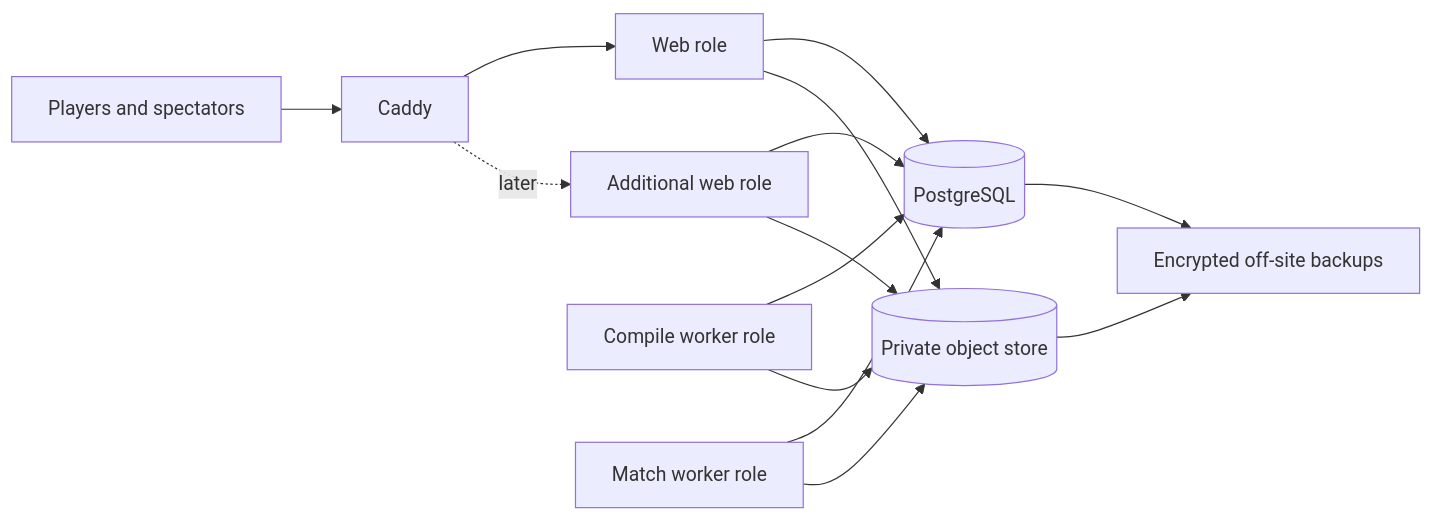
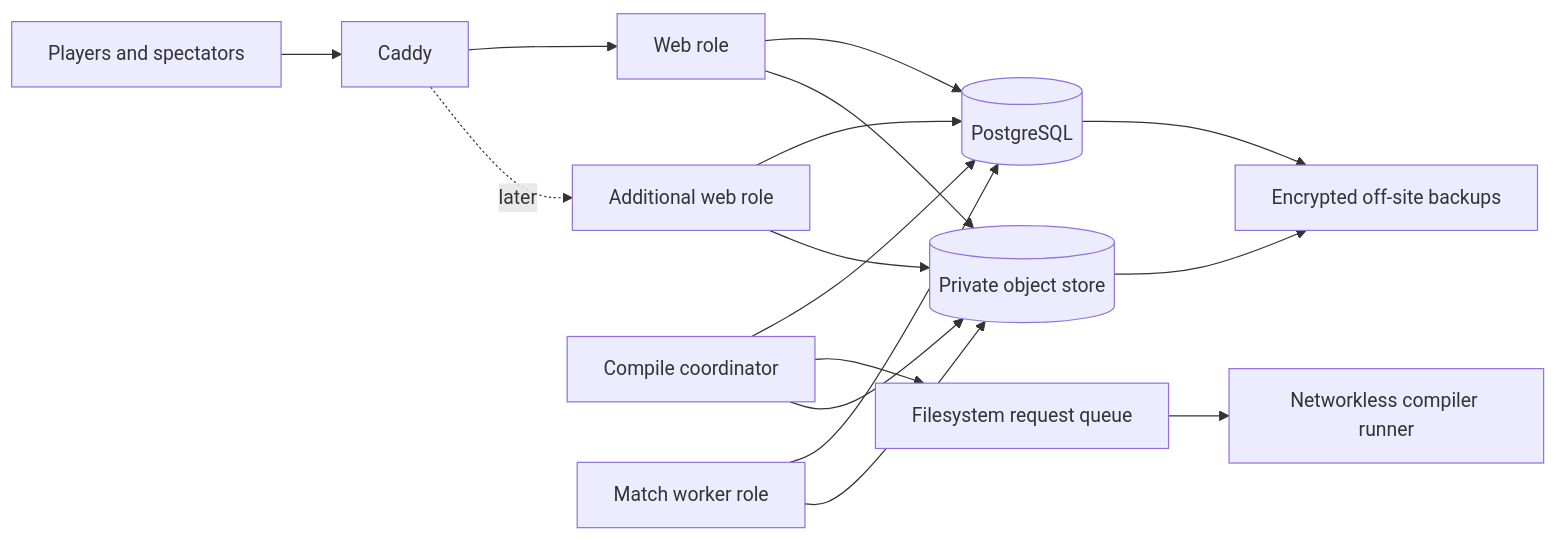
Before and after one commit to nilbin/nilbots: the diagram in docs/DEPLOYMENT-SCALING-PLAN.md, drawn with Mermaid. The commit also changed other lines of this file and 44 other files, not shown here.

````diff
--- a/docs/DEPLOYMENT-SCALING-PLAN.md
+++ b/docs/DEPLOYMENT-SCALING-PLAN.md
@@ -53,19 +53,21 @@
 ```mermaid
 flowchart LR
     U[Players and spectators] --> C[Caddy]
     C --> W1[Web role]
     C -. later .-> W2[Additional web role]
 
     W1 --> P[(PostgreSQL)]
     W2 --> P
 
-    CW[Compile worker role] --> P
+    CW[Compile coordinator] --> P
+    CW --> Q[Filesystem request queue]
+    Q --> CR[Networkless compiler runner]
     MW[Match worker role] --> P
     CW --> O[(Private object store)]
     MW --> O
     W1 --> O
     W2 --> O
 
     P --> B[Encrypted off-site backups]
     O --> B
 ```
````
